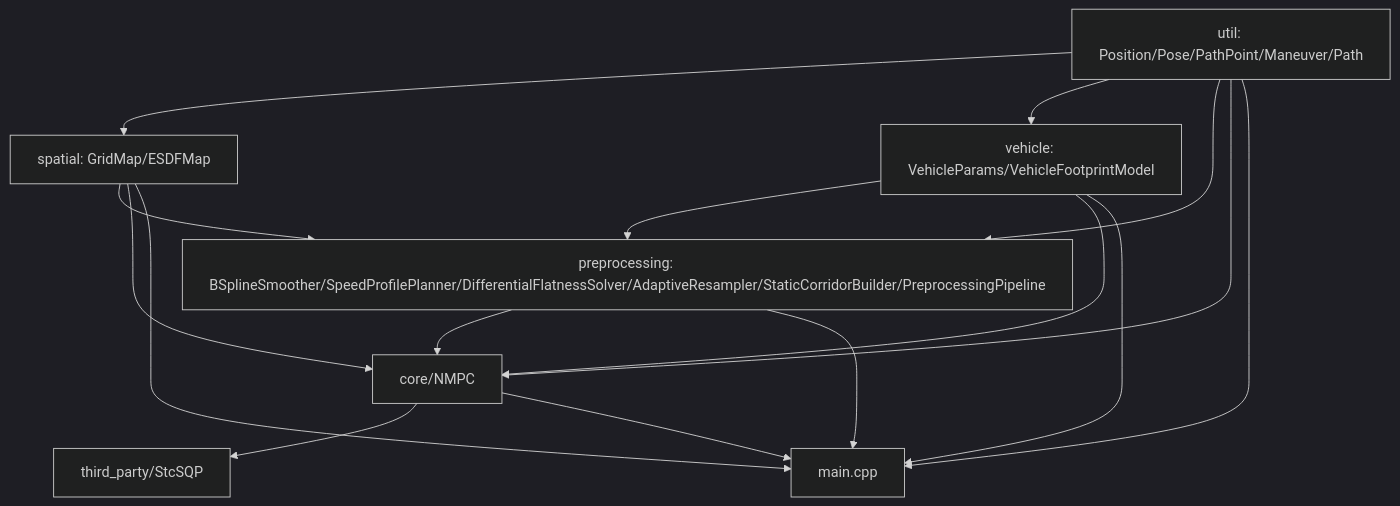
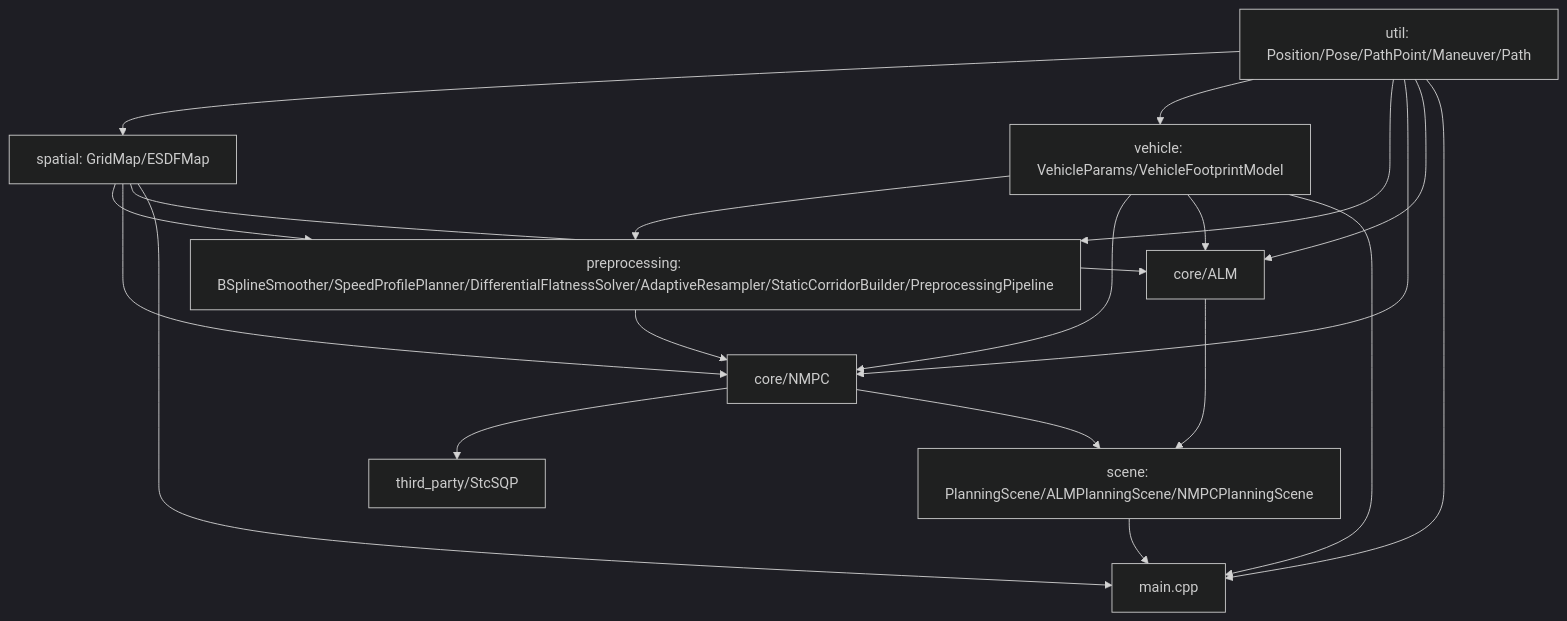
Before and after one commit to zw007981/APAPostProcessor: the fourth of 5 diagrams in docs/architecture.md, drawn with Mermaid (dark theme). The commit also changed other lines of this file and 68 other files, not shown here.

````diff
--- a/docs/architecture.md
+++ b/docs/architecture.md
@@ -294,18 +317,22 @@
 ```mermaid
 flowchart TB
     util[util: Position/Pose/PathPoint/Maneuver/Path] --> spatial[spatial: GridMap/ESDFMap]
     util --> vehicle[vehicle: VehicleParams/VehicleFootprintModel]
     spatial --> preprocess[preprocessing: BSplineSmoother/SpeedProfilePlanner/DifferentialFlatnessSolver/AdaptiveResampler/StaticCorridorBuilder/PreprocessingPipeline]
     vehicle --> preprocess
     util --> preprocess
     preprocess --> nmpc[core/NMPC]
     spatial --> nmpc
     vehicle --> nmpc
     util --> nmpc
     nmpc --> stcsqp[third_party/StcSQP]
-    nmpc --> main[main.cpp]
-    preprocess --> main[main.cpp]
+    spatial --> alm[core/ALM]
+    vehicle --> alm
+    util --> alm
+    alm --> scene[scene: PlanningScene/ALMPlanningScene/NMPCPlanningScene]
+    nmpc --> scene
+    scene --> main[main.cpp]
     util --> main
     spatial --> main
     vehicle --> main
 ```
````
